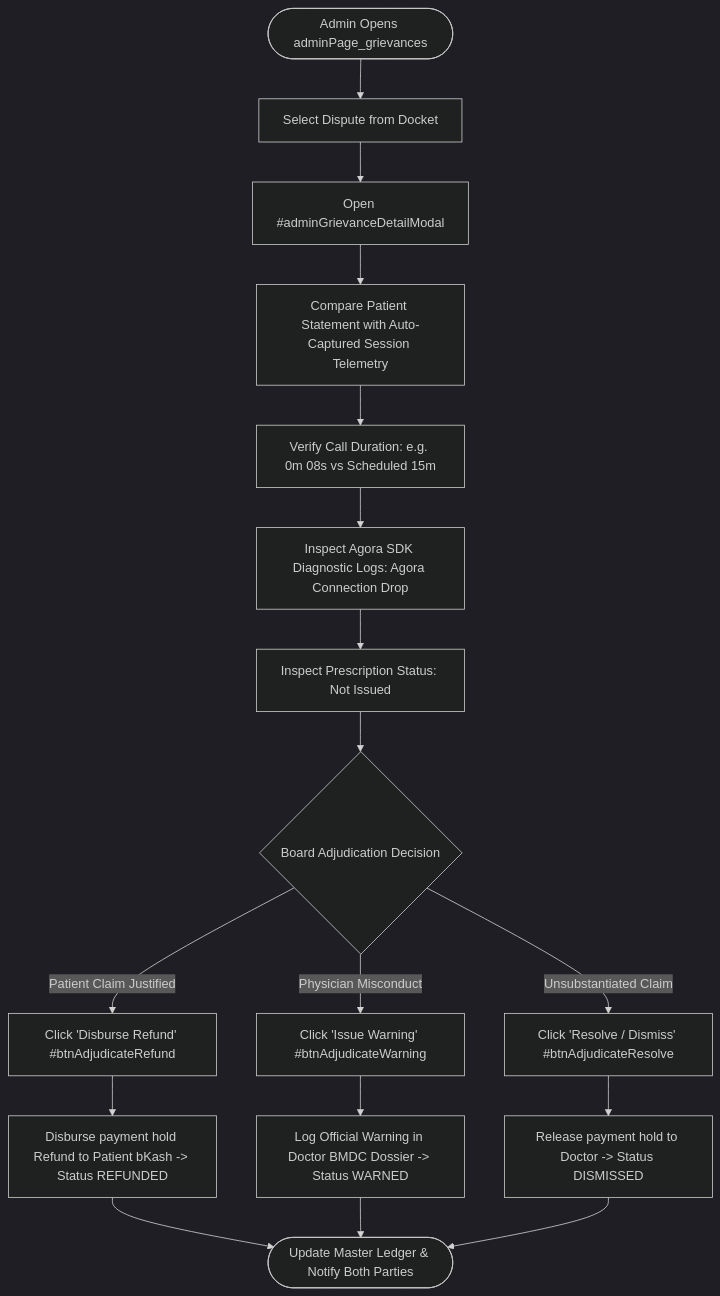
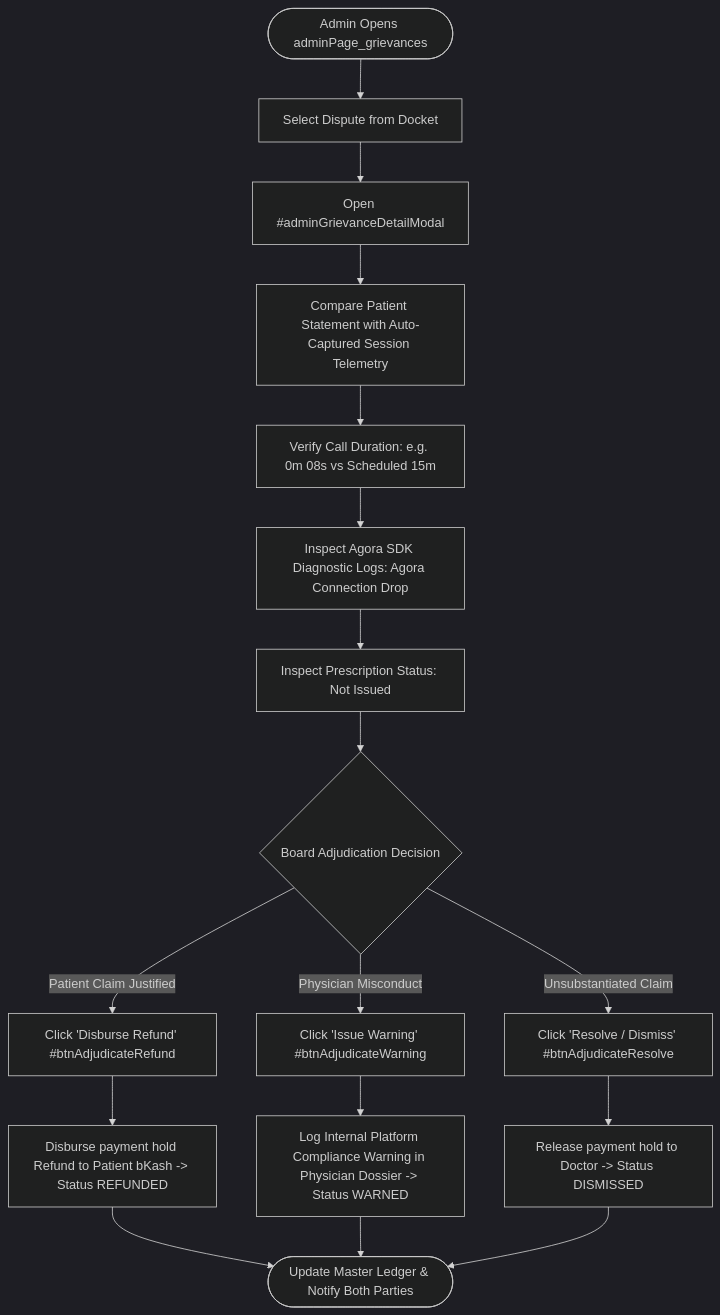
Before and after one commit to MeherabHS/hellodoctor: the ninth of 9 diagrams in docs/USER_FLOWS.md, drawn with Mermaid (dark theme). The commit also changed other lines of this file and 35 other files, not shown here.

````diff
--- a/docs/USER_FLOWS.md
+++ b/docs/USER_FLOWS.md
@@ -224,17 +224,17 @@
 ```mermaid
 flowchart TD
     START([Admin Opens adminPage_grievances]) --> A[Select Dispute from Docket]
     A --> B[Open #adminGrievanceDetailModal]
     B --> C[Compare Patient Statement with Auto-Captured Session Telemetry]
     C --> D[Verify Call Duration: e.g. 0m 08s vs Scheduled 15m]
     D --> E[Inspect Agora SDK Diagnostic Logs: Agora Connection Drop]
     E --> F[Inspect Prescription Status: Not Issued]
     F --> G{Board Adjudication Decision}
     G -- Patient Claim Justified --> H[Click 'Disburse Refund' #btnAdjudicateRefund]
     G -- Physician Misconduct --> I[Click 'Issue Warning' #btnAdjudicateWarning]
     G -- Unsubstantiated Claim --> J[Click 'Resolve / Dismiss' #btnAdjudicateResolve]
     H --> K[Disburse payment hold Refund to Patient bKash -> Status REFUNDED]
-    I --> L[Log Official Warning in Doctor BMDC Dossier -> Status WARNED]
+    I --> L[Log Internal Platform Compliance Warning in Physician Dossier -> Status WARNED]
     J --> M[Release payment hold to Doctor -> Status DISMISSED]
     K & L & M --> RESULT([Update Master Ledger & Notify Both Parties])
 ```
````
